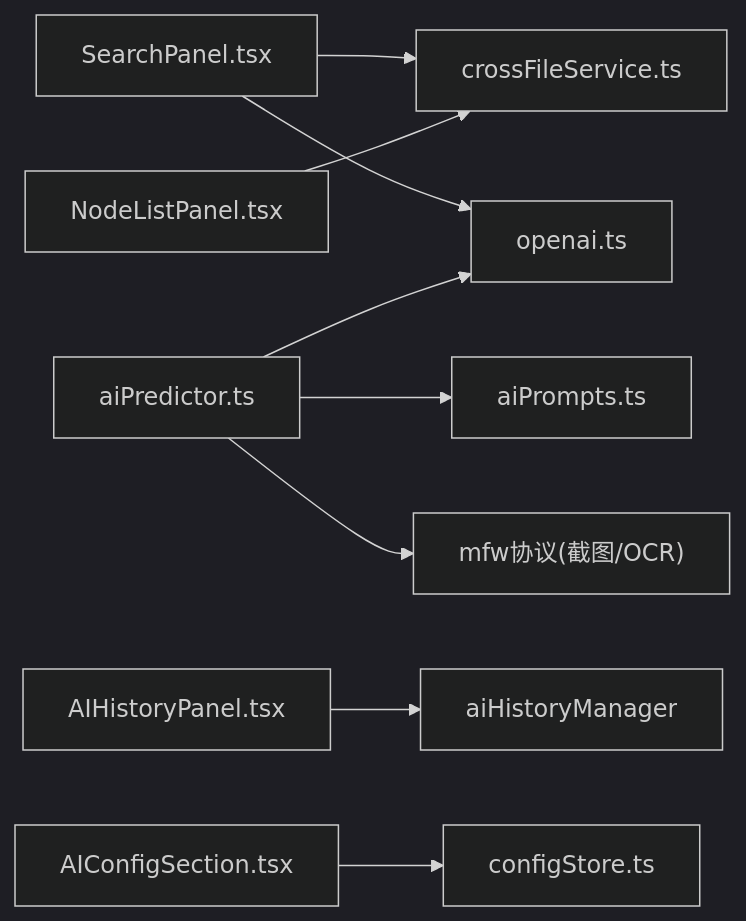
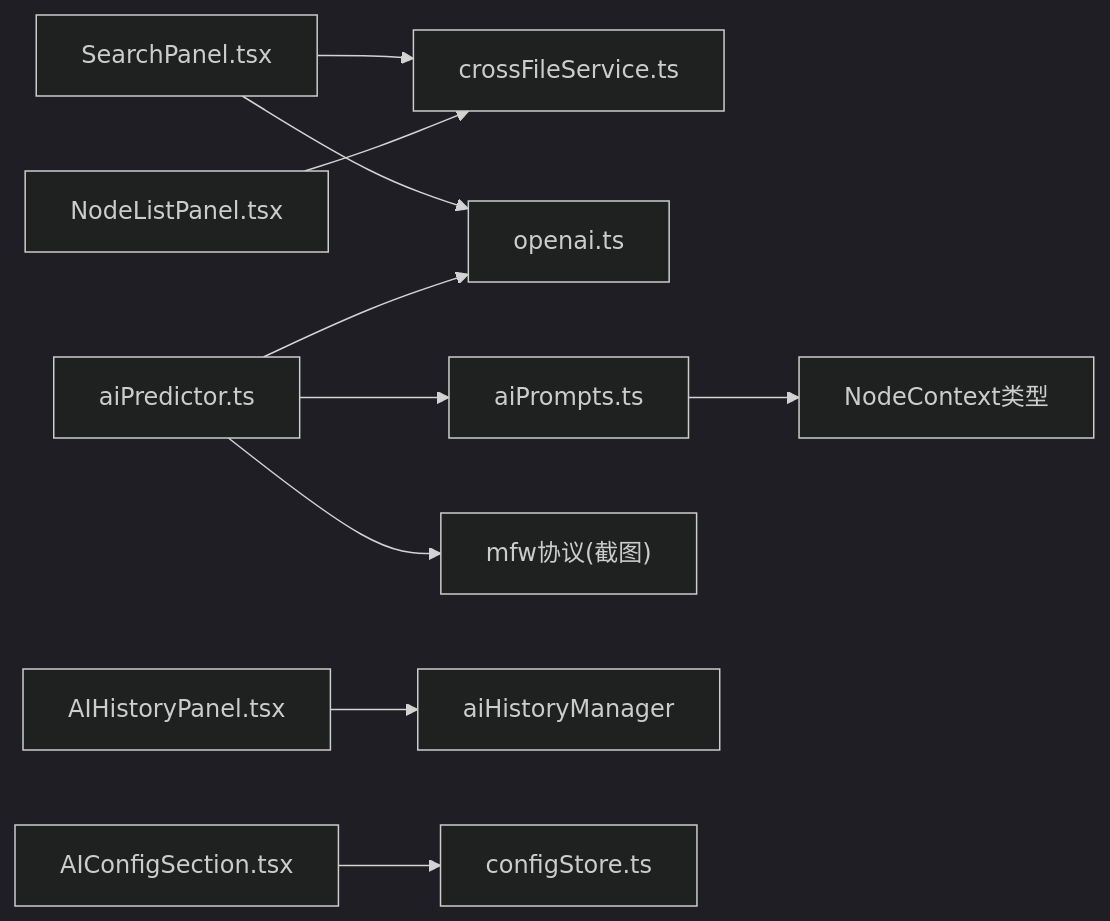
One commit to kqcoxn/MaaPipelineEditor changed the ninth of 9 diagrams in .qoder/repowiki/zh/content/AI辅助功能/AI辅助功能.md. Above: the diagram before and after it, drawn with Mermaid (dark theme). The commit also changed other lines of this file and 51 other files, not shown here.

````diff
--- a/.qoder/repowiki/zh/content/AI辅助功能/AI辅助功能.md
+++ b/.qoder/repowiki/zh/content/AI辅助功能/AI辅助功能.md
@@ -368,11 +377,12 @@
 ```mermaid
 graph LR
 SP["SearchPanel.tsx"] --> CFS["crossFileService.ts"]
 SP --> OA["openai.ts"]
 NLP["NodeListPanel.tsx"] --> CFS
-AIP["aiPredictor.ts"] --> OA
-AIP --> AIPROMPT["aiPrompts.ts"]
-AIP --> MFW["mfw协议(截图/OCR)"]
+AIP["aiPredictor.ts"] --> AIPROMPT["aiPrompts.ts"]
+AIP --> OA
+AIP --> MFW["mfw协议(截图)"]
+AIPROMPT --> TYPES["NodeContext类型"]
 HIS["AIHistoryPanel.tsx"] --> HM["aiHistoryManager"]
 AICFG["AIConfigSection.tsx"] --> CFG["configStore.ts"]
 ```
````
